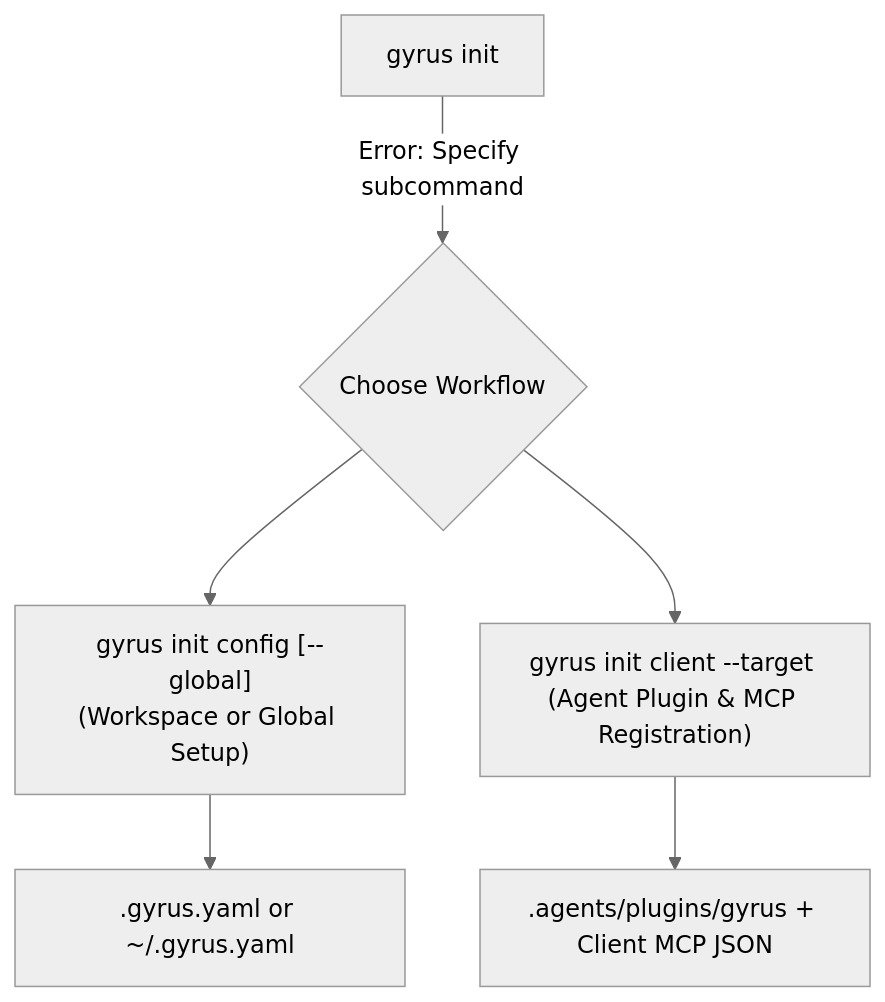
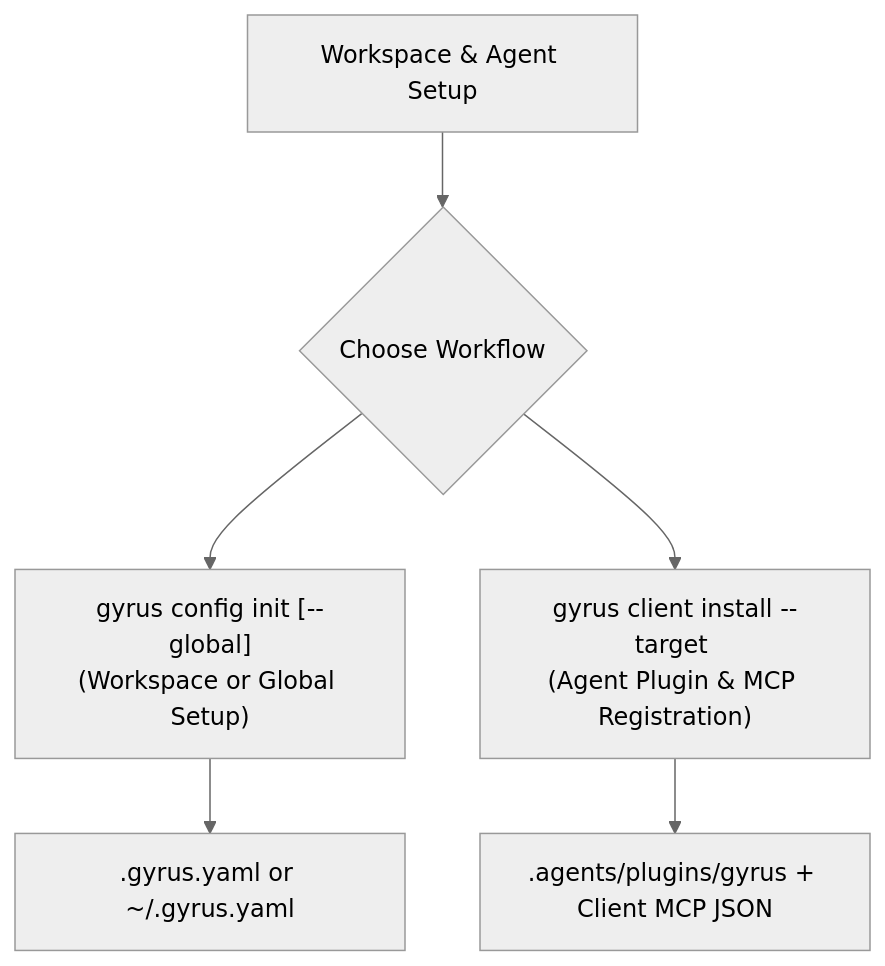
Before and after one commit to armckinney/gyrus: the diagram in .gyrus/docs/root/reference/guide-005-installation-and-initialization.md, drawn with Mermaid (neutral theme). The commit also changed other lines of this file and 45 other files, not shown here.

````diff
--- a/.gyrus/docs/root/reference/guide-005-installation-and-initialization.md
+++ b/.gyrus/docs/root/reference/guide-005-installation-and-initialization.md
@@ -55,8 +56,8 @@
 ```mermaid
 graph TD
-    A["gyrus init"] -->|Error: Specify subcommand| B{"Choose Workflow"}
-    B --> C["gyrus init config [--global]\n(Workspace or Global Setup)"]
-    B --> D["gyrus init client --target <target>\n(Agent Plugin & MCP Registration)"]
+    A["Workspace & Agent Setup"] --> B{"Choose Workflow"}
+    B --> C["gyrus config init [--global]\n(Workspace or Global Setup)"]
+    B --> D["gyrus client install --target <target>\n(Agent Plugin & MCP Registration)"]
     C --> E[".gyrus.yaml or ~/.gyrus.yaml"]
     D --> F[".agents/plugins/gyrus + Client MCP JSON"]
 ```
````
